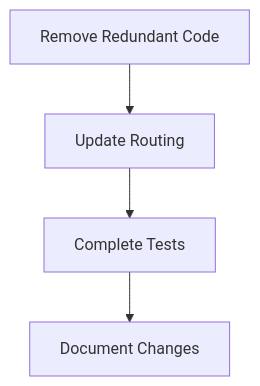
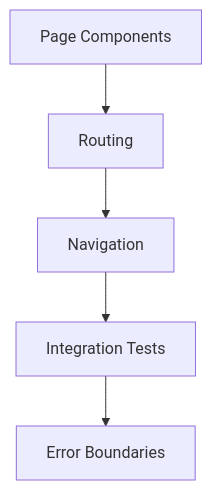
The diagram in web-interface/frontend/IMPLEMENTATION_PLAN.md (kadykov/cv-adapt), drawn with Mermaid before and after one commit. The commit also changed other lines of this file and 17 other files, not shown here.

Commit message:
Implement Detailed CV feature: add components, hooks, and API functions for managing detailed CVs, including validation schema and type definitions.

````diff
--- a/web-interface/frontend/IMPLEMENTATION_PLAN.md
+++ b/web-interface/frontend/IMPLEMENTATION_PLAN.md
@@ -24,6 +32,7 @@
 ```mermaid
 flowchart TD
-    A[Remove Redundant Code] --> B[Update Routing]
-    B --> C[Complete Tests]
-    C --> D[Document Changes]
+    A[Page Components] --> B[Routing]
+    B --> C[Navigation]
+    C --> D[Integration Tests]
+    D --> E[Error Boundaries]
 ```
````
